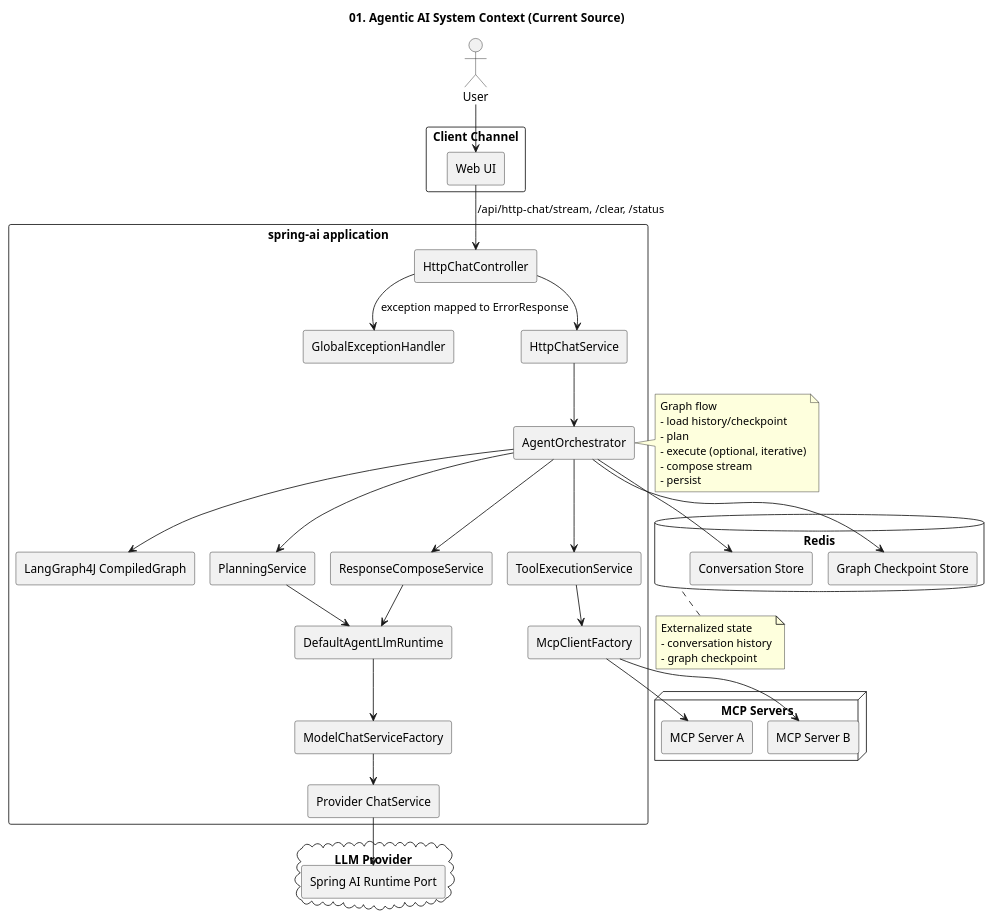
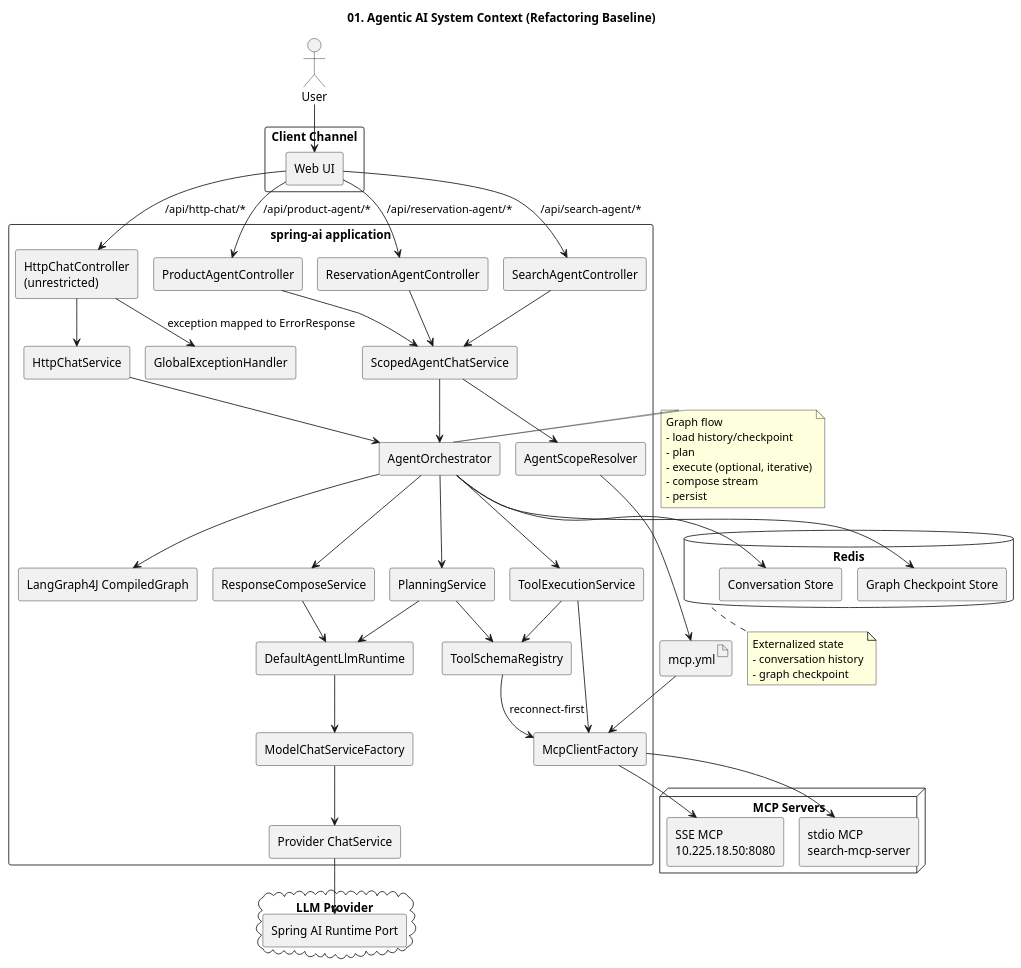
One commit to kim57uak/spring-ai changed the diagram in documents/mcp-orchestrator-architecture/01-system-context.puml. Above: the diagram before and after it, drawn with PlantUML. The commit also changed 63 other files, not shown here.

```diff
--- a/documents/mcp-orchestrator-architecture/01-system-context.puml
+++ b/documents/mcp-orchestrator-architecture/01-system-context.puml
@@ -1,78 +1,99 @@
 @startuml
 !pragma layout smetana
-title 01. Agentic AI System Context (Current Source)
+title 01. Agentic AI System Context (Refactoring Baseline)
 
 skinparam shadowing false
 skinparam componentStyle rectangle
 
 actor User
 
 rectangle "Client Channel" {
   [Web UI] as WebUi
 }
 
 rectangle "spring-ai application" {
-  [HttpChatController] as Controller
+  [HttpChatController\n(unrestricted)] as HttpController
+  [ProductAgentController] as ProductController
+  [ReservationAgentController] as ReservationController
+  [SearchAgentController] as SearchController
   [GlobalExceptionHandler] as Advice
-  [HttpChatService] as ChatService
+  [HttpChatService] as HttpChatService
+  [ScopedAgentChatService] as ScopedChatService
+  [AgentScopeResolver] as ScopeResolver
   [AgentOrchestrator] as Orchestrator
   [LangGraph4J CompiledGraph] as StateGraph
   [PlanningService] as PlanningService
   [ToolExecutionService] as ToolExecutionService
   [ResponseComposeService] as ResponseComposeService
   [DefaultAgentLlmRuntime] as LlmRuntime
   [ModelChatServiceFactory] as ChatFactory
   [Provider ChatService] as ProviderChatService
   [McpClientFactory] as McpClientFactory
+  [ToolSchemaRegistry] as ToolSchemaRegistry
 }
 
 database "Redis" as Redis {
   [Conversation Store] as ConversationStore
   [Graph Checkpoint Store] as CheckpointStore
 }
 
 cloud "LLM Provider" {
   [Spring AI Runtime Port] as SpringAiRuntime
 }
 
 node "MCP Servers" {
-  [MCP Server A] as McpA
-  [MCP Server B] as McpB
+  [SSE MCP\n10.225.18.50:8080] as SseMcp
+  [stdio MCP\nsearch-mcp-server] as StdioMcp
 }
 
+artifact "mcp.yml" as McpYml
+
 User --> WebUi
-WebUi --> Controller : /api/http-chat/stream, /clear, /status
-Controller --> ChatService
-Controller --> Advice : exception mapped to ErrorResponse
-ChatService --> Orchestrator
+WebUi --> HttpController : /api/http-chat/*
+WebUi --> ProductController : /api/product-agent/*
+WebUi --> ReservationController : /api/reservation-agent/*
+WebUi --> SearchController : /api/search-agent/*
+HttpController --> HttpChatService
+ProductController --> ScopedChatService
+ReservationController --> ScopedChatService
+SearchController --> ScopedChatService
+ScopedChatService --> ScopeResolver
+ScopeResolver --> McpYml
+HttpController --> Advice : exception mapped to ErrorResponse
+HttpChatService --> Orchestrator
+ScopedChatService --> Orchestrator
 Orchestrator --> StateGraph
 Orchestrator --> PlanningService
 Orchestrator --> ToolExecutionService
 Orchestrator --> ResponseComposeService
 Orchestrator --> ConversationStore
 Orchestrator --> CheckpointStore
 PlanningService --> LlmRuntime
 ResponseComposeService --> LlmRuntime
 LlmRuntime --> ChatFactory
 ChatFactory --> ProviderChatService
 ProviderChatService --> SpringAiRuntime
 ToolExecutionService --> McpClientFactory
-McpClientFactory --> McpA
-McpClientFactory --> McpB
+PlanningService --> ToolSchemaRegistry
+ToolExecutionService --> ToolSchemaRegistry
+ToolSchemaRegistry --> McpClientFactory : reconnect-first
+McpYml --> McpClientFactory
+McpClientFactory --> SseMcp
+McpClientFactory --> StdioMcp
 
 note right of Orchestrator
 Graph flow
 - load history/checkpoint
 - plan
 - execute (optional, iterative)
 - compose stream
 - persist
 end note
 
 note bottom of Redis
 Externalized state
 - conversation history
 - graph checkpoint
 end note
 
 @enduml
```
